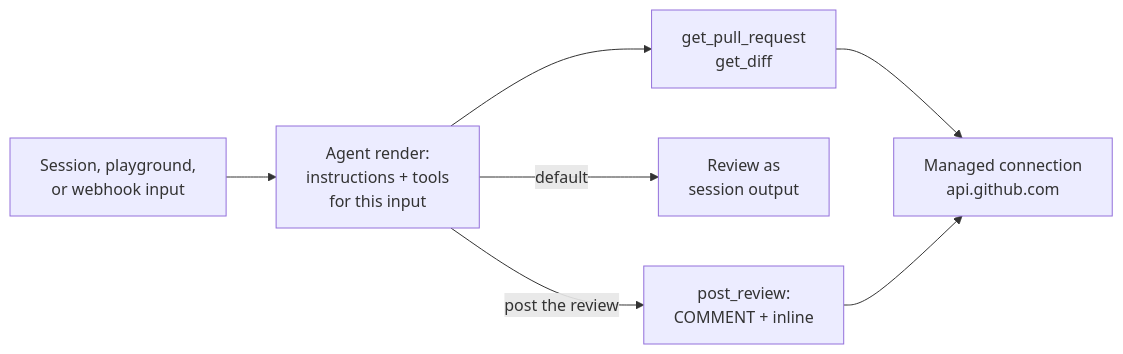
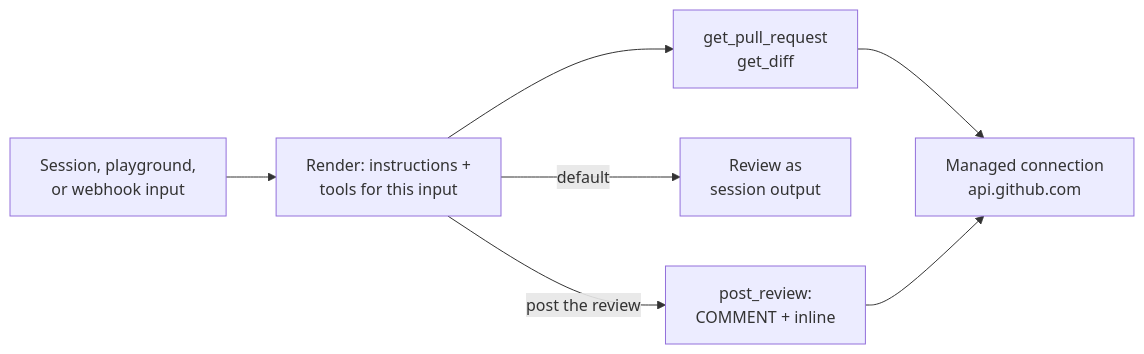
One commit to diggerhq/opencomputer changed the diagram in docs/agents/examples/pr-review.mdx. Above: the diagram before and after it, drawn with Mermaid. The commit also changed other lines of this file and 1 other file, not shown here.

````diff
--- a/docs/agents/examples/pr-review.mdx
+++ b/docs/agents/examples/pr-review.mdx
@@ -21,16 +81,16 @@
 ```mermaid
 flowchart LR
     Input[Session, playground,<br/>or webhook input]
-    Render[Agent render:<br/>instructions + tools<br/>for this input]
+    Render[Render: instructions +<br/>tools for this input]
     Read[get_pull_request<br/>get_diff]
     Conn[Managed connection<br/>api.github.com]
     Dry[Review as<br/>session output]
     Post[post_review:<br/>COMMENT + inline]
 
     Input --> Render
     Render --> Read
     Read --> Conn
     Render -->|default| Dry
     Render -->|"post the review"| Post
     Post --> Conn
 ```
````
